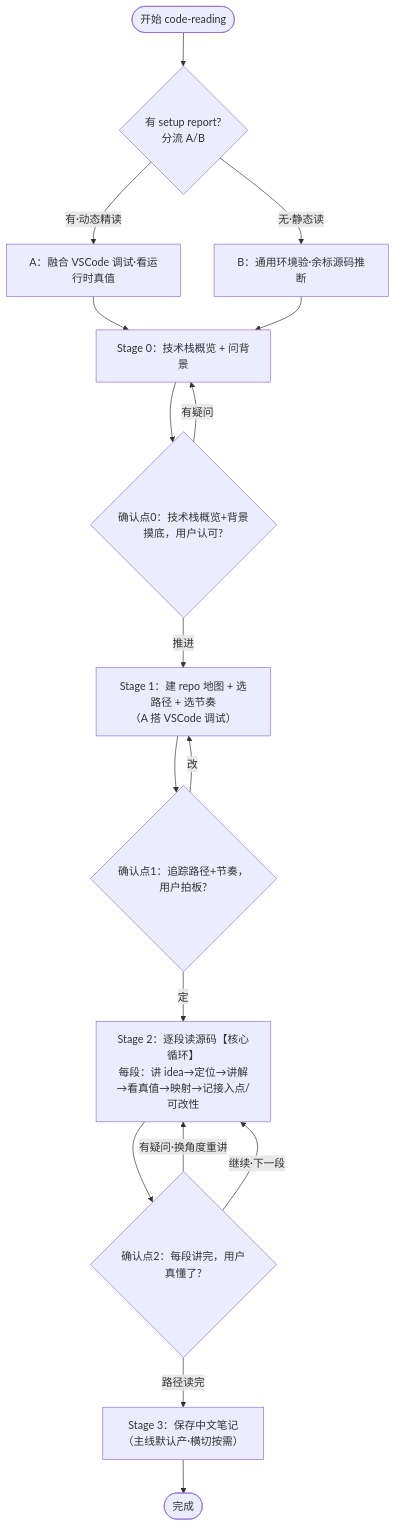
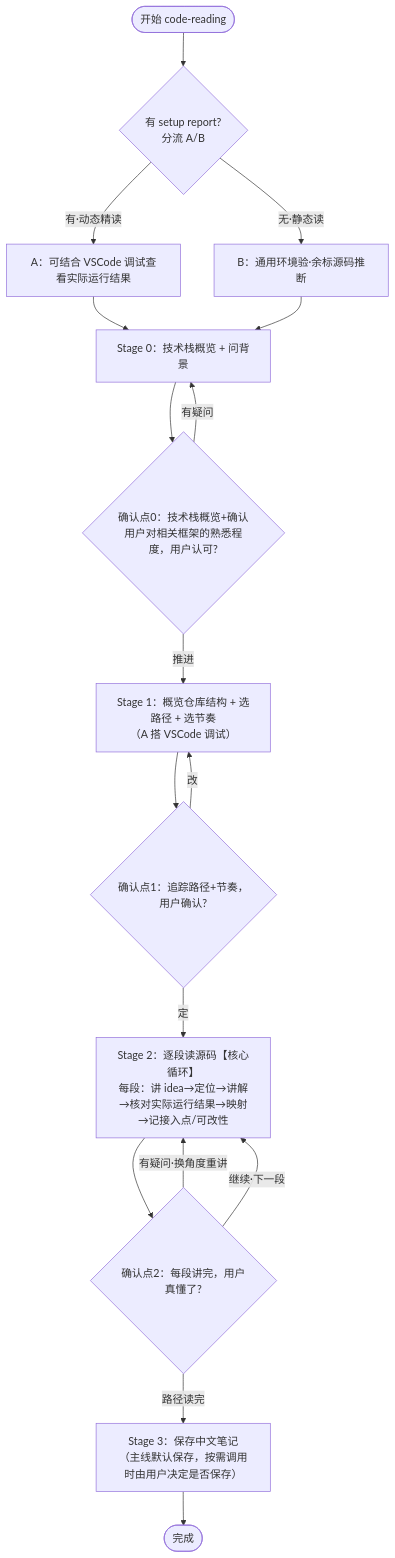
The second of 2 diagrams in plugins/dl-assistant/skills/code-reading/SKILL.md (jackwang0108/dl-assistant), drawn with Mermaid before and after one commit. The commit also changed other lines of this file and 143 other files, not shown here.

````diff
--- a/plugins/dl-assistant/skills/code-reading/SKILL.md
+++ b/plugins/dl-assistant/skills/code-reading/SKILL.md
@@ -128,19 +128,19 @@
 ```mermaid
 flowchart TD
     START(["开始 code-reading"]) --> ENTRY{"有 setup report?<br/>分流 A/B"}
-    ENTRY -->|有·动态精读| A["A：融合 VSCode 调试·看运行时真值"]
+    ENTRY -->|有·动态精读| A["A：可结合 VSCode 调试查看实际运行结果"]
     ENTRY -->|无·静态读| B["B：通用环境验·余标源码推断"]
     A --> S0["Stage 0：技术栈概览 + 问背景"]
     B --> S0
-    S0 --> G0{"确认点0：技术栈概览+背景摸底，用户认可?"}
+    S0 --> G0{"确认点0：技术栈概览+确认用户对相关框架的熟悉程度，用户认可?"}
     G0 -->|有疑问| S0
-    G0 -->|推进| S1["Stage 1：建 repo 地图 + 选路径 + 选节奏<br/>（A 搭 VSCode 调试）"]
-    S1 --> G1{"确认点1：追踪路径+节奏，用户拍板?"}
+    G0 -->|推进| S1["Stage 1：概览仓库结构 + 选路径 + 选节奏<br/>（A 搭 VSCode 调试）"]
+    S1 --> G1{"确认点1：追踪路径+节奏，用户确认?"}
     G1 -->|改| S1
-    G1 -->|定| S2["Stage 2：逐段读源码【核心循环】<br/>每段：讲 idea→定位→讲解→看真值→映射→记接入点/可改性"]
+    G1 -->|定| S2["Stage 2：逐段读源码【核心循环】<br/>每段：讲 idea→定位→讲解→核对实际运行结果→映射→记接入点/可改性"]
     S2 --> G2{"确认点2：每段讲完，用户真懂了?"}
     G2 -->|有疑问·换角度重讲| S2
     G2 -->|继续·下一段| S2
-    G2 -->|路径读完| S3["Stage 3：保存中文笔记<br/>（主线默认产·横切按需）"]
+    G2 -->|路径读完| S3["Stage 3：保存中文笔记<br/>（主线默认保存，按需调用时由用户决定是否保存）"]
     S3 --> END(["完成"])
 ```
````
